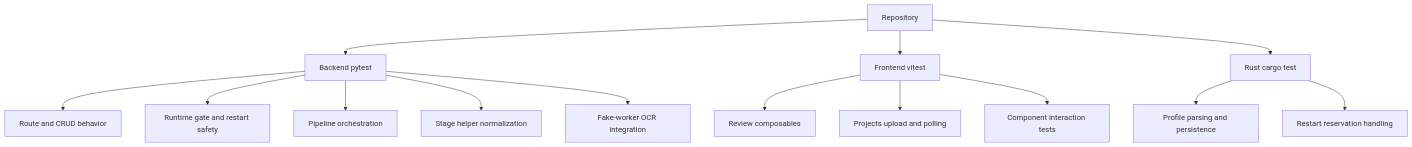
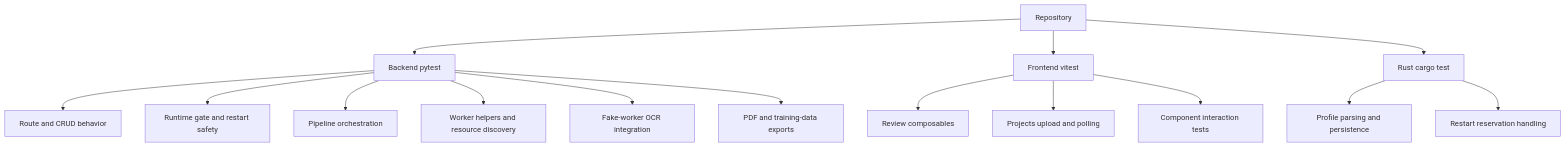
One commit to mrogness/MimirOCR changed the first of 3 diagrams in docs/testing-architecture.md. Above: the diagram before and after it, drawn with Mermaid. The commit also changed other lines of this file and 73 other files, not shown here.

````diff
--- a/docs/testing-architecture.md
+++ b/docs/testing-architecture.md
@@ -11,19 +11,20 @@
 ```mermaid
 flowchart TD
   A[Repository] --> B[Backend pytest]
   A --> C[Frontend vitest]
   A --> D[Rust cargo test]
 
   B --> B1[Route and CRUD behavior]
   B --> B2[Runtime gate and restart safety]
   B --> B3[Pipeline orchestration]
-  B --> B4[Stage helper normalization]
+  B --> B4[Worker helpers and resource discovery]
   B --> B5[Fake-worker OCR integration]
+  B --> B6[PDF and training-data exports]
 
   C --> C1[Review composables]
   C --> C2[Projects upload and polling]
   C --> C3[Component interaction tests]
 
   D --> D1[Profile parsing and persistence]
   D --> D2[Restart reservation handling]
 ```
````
